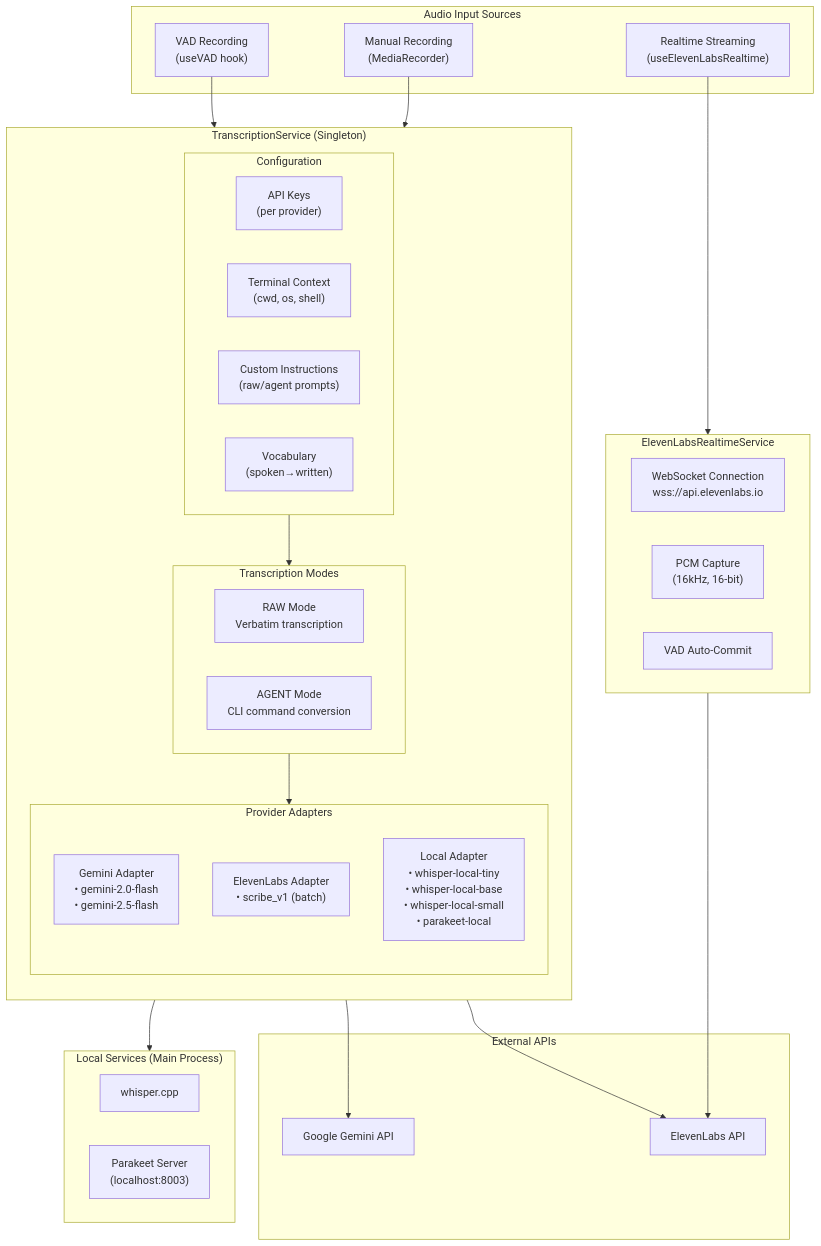
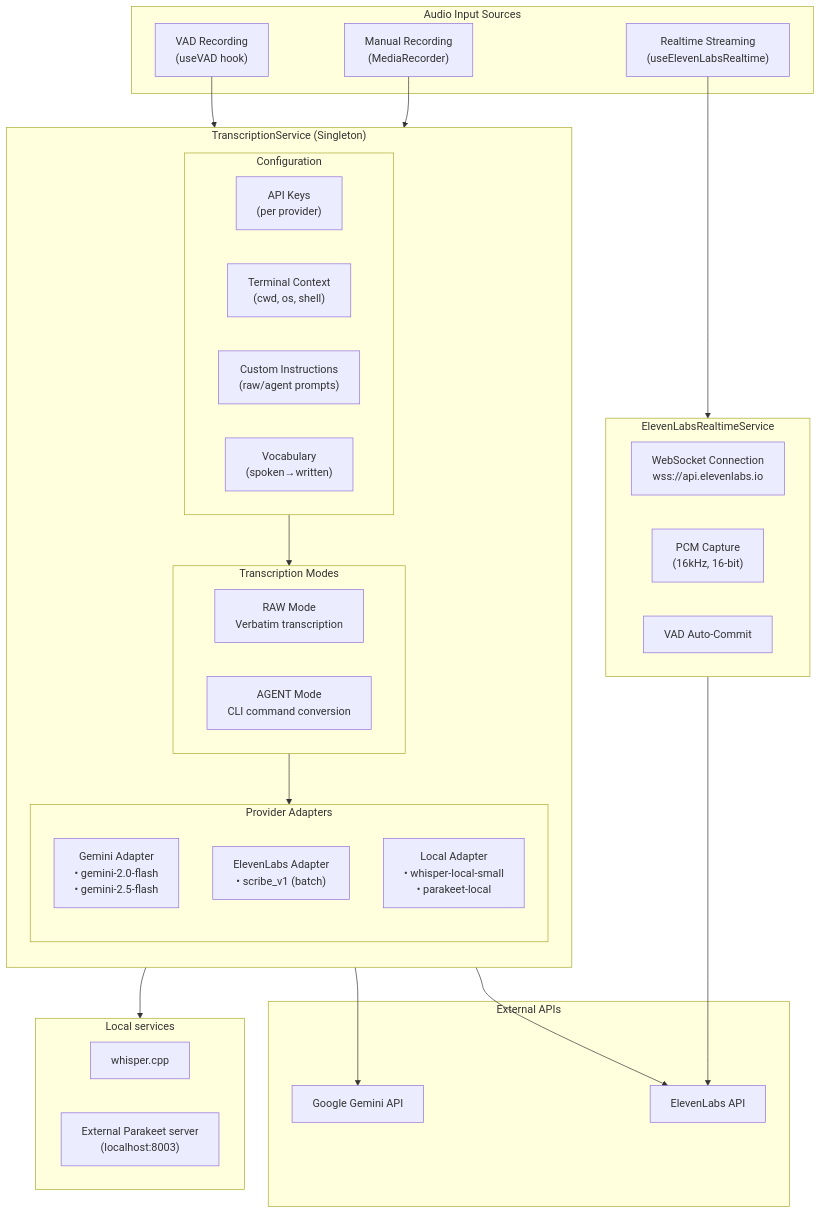
Before and after one commit to jamditis/audiobash: the fifth of 7 diagrams in dev-docs/ARCHITECTURE.md, drawn with Mermaid. The commit also changed other lines of this file and 47 other files, not shown here.

Commit message:
fix: reap local transcription process trees before jobs finish

````diff
--- a/dev-docs/ARCHITECTURE.md
+++ b/dev-docs/ARCHITECTURE.md
@@ -533,61 +534,61 @@
 ```mermaid
 flowchart TB
     subgraph Input["Audio Input Sources"]
         Manual["Manual Recording<br/>(MediaRecorder)"]
         VAD["VAD Recording<br/>(useVAD hook)"]
         Realtime["Realtime Streaming<br/>(useElevenLabsRealtime)"]
     end
 
     subgraph TranscriptionService["TranscriptionService (Singleton)"]
         direction TB
 
         subgraph Config["Configuration"]
             APIKeys["API Keys<br/>(per provider)"]
             TermContext["Terminal Context<br/>(cwd, os, shell)"]
             CustomInstr["Custom Instructions<br/>(raw/agent prompts)"]
             Vocabulary["Vocabulary<br/>(spoken→written)"]
         end
 
         subgraph Modes["Transcription Modes"]
             RawMode["RAW Mode<br/>Verbatim transcription"]
             AgentMode["AGENT Mode<br/>CLI command conversion"]
         end
 
         subgraph Providers["Provider Adapters"]
             direction TB
 
             GeminiAdapter["Gemini Adapter<br/>• gemini-2.0-flash<br/>• gemini-2.5-flash"]
             ElevenLabsAdapter["ElevenLabs Adapter<br/>• scribe_v1 (batch)"]
-            LocalAdapter["Local Adapter<br/>• whisper-local-tiny<br/>• whisper-local-base<br/>• whisper-local-small<br/>• parakeet-local"]
+            LocalAdapter["Local Adapter<br/>• whisper-local-small<br/>• parakeet-local"]
         end
     end
 
     subgraph ElevenLabsRealtime["ElevenLabsRealtimeService"]
         WSConnect["WebSocket Connection<br/>wss://api.elevenlabs.io"]
         PCMCapture["PCM Capture<br/>(16kHz, 16-bit)"]
         VADCommit["VAD Auto-Commit"]
     end
 
     subgraph ExternalAPIs["External APIs"]
         GeminiAPI["Google Gemini API"]
         ElevenLabsAPI["ElevenLabs API"]
     end
 
-    subgraph LocalServices["Local Services (Main Process)"]
+    subgraph LocalServices["Local services"]
         WhisperCPP["whisper.cpp"]
-        Parakeet["Parakeet Server<br/>(localhost:8003)"]
+        Parakeet["External Parakeet server<br/>(localhost:8003)"]
     end
 
     Manual --> TranscriptionService
     VAD --> TranscriptionService
     Realtime --> ElevenLabsRealtime
 
     Config --> Modes
     Modes --> Providers
 
     GeminiAdapter --> GeminiAPI
     ElevenLabsAdapter --> ElevenLabsAPI
     LocalAdapter --> LocalServices
 
     ElevenLabsRealtime --> ElevenLabsAPI
 ```
````
